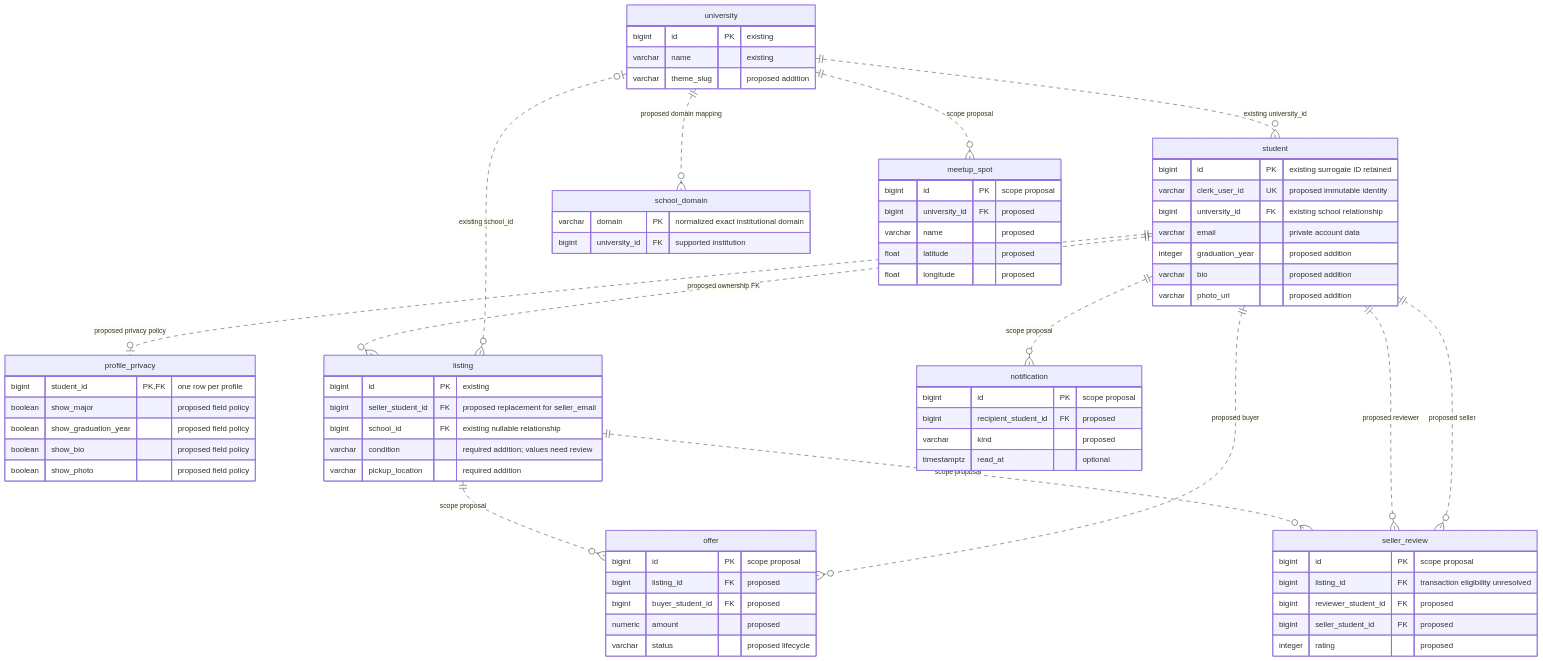
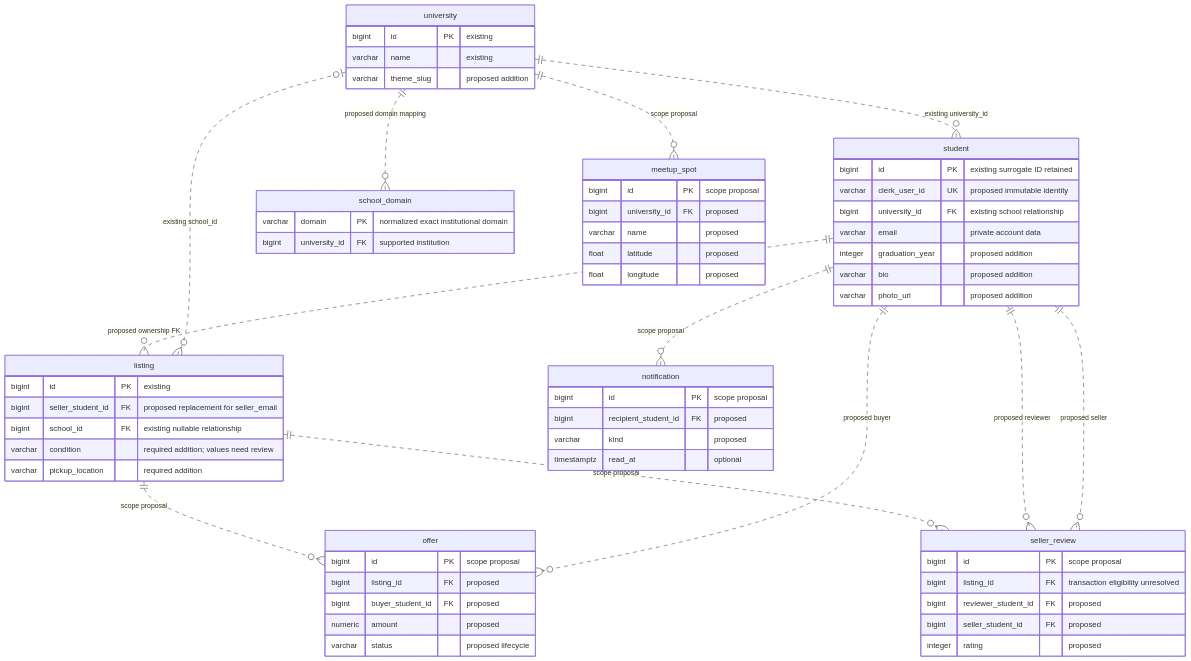
The second of 2 diagrams in docs/phase-0/erd.md (patel5d2/CapStone_1), drawn with Mermaid before and after one commit. The commit also changed other lines of this file and 27 other files, not shown here.

First line of the commit message:
Refactor profile privacy management: remove profile_privacy table and related logic

````diff
--- a/docs/phase-0/erd.md
+++ b/docs/phase-0/erd.md
@@ -236,77 +236,69 @@
 ```mermaid
 erDiagram
     %% Conceptual proposal only. None of these new columns or relationships exist in V1.
     %% The six new table names come from context/2_architecture.md.
     %% offer, seller_review, notification, and meetup_spot require scope approval.
     university {
         bigint id PK "existing"
         varchar name "existing"
         varchar theme_slug "proposed addition"
     }
     student {
         bigint id PK "existing surrogate ID retained"
         varchar clerk_user_id UK "proposed immutable identity"
         bigint university_id FK "existing school relationship"
         varchar email "private account data"
         integer graduation_year "proposed addition"
         varchar bio "proposed addition"
         varchar photo_url "proposed addition"
     }
     school_domain {
         varchar domain PK "normalized exact institutional domain"
         bigint university_id FK "supported institution"
-    }
-    profile_privacy {
-        bigint student_id PK,FK "one row per profile"
-        boolean show_major "proposed field policy"
-        boolean show_graduation_year "proposed field policy"
-        boolean show_bio "proposed field policy"
-        boolean show_photo "proposed field policy"
     }
     listing {
         bigint id PK "existing"
         bigint seller_student_id FK "proposed replacement for seller_email"
         bigint school_id FK "existing nullable relationship"
         varchar condition "required addition; values need review"
         varchar pickup_location "required addition"
     }
     offer {
         bigint id PK "scope proposal"
         bigint listing_id FK "proposed"
         bigint buyer_student_id FK "proposed"
         numeric amount "proposed"
         varchar status "proposed lifecycle"
     }
     seller_review {
         bigint id PK "scope proposal"
         bigint listing_id FK "transaction eligibility unresolved"
         bigint reviewer_student_id FK "proposed"
         bigint seller_student_id FK "proposed"
         integer rating "proposed"
     }
     notification {
         bigint id PK "scope proposal"
         bigint recipient_student_id FK "proposed"
         varchar kind "proposed"
         timestamptz read_at "optional"
     }
     meetup_spot {
         bigint id PK "scope proposal"
         bigint university_id FK "proposed"
         varchar name "proposed"
         float latitude "proposed"
         float longitude "proposed"
     }
     university ||..o{ student : "existing university_id"
     university ||..o{ school_domain : "proposed domain mapping"
-    student ||..o| profile_privacy : "proposed privacy policy"
     student ||..o{ listing : "proposed ownership FK"
     university |o..o{ listing : "existing school_id"
     listing ||..o{ offer : "scope proposal"
     student ||..o{ offer : "proposed buyer"
     listing ||..o{ seller_review : "scope proposal"
     student ||..o{ seller_review : "proposed reviewer"
     student ||..o{ seller_review : "proposed seller"
     student ||..o{ notification : "scope proposal"
     university ||..o{ meetup_spot : "scope proposal"
 ```
````
